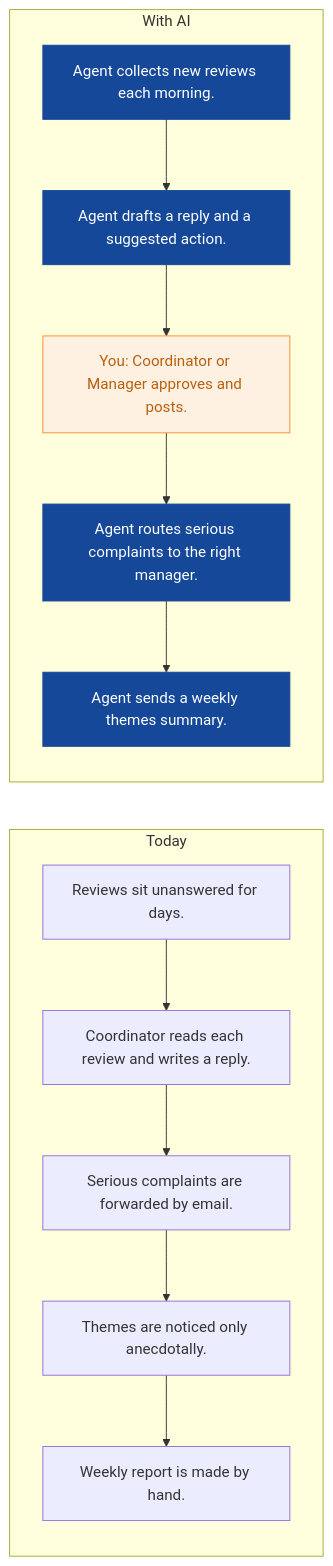
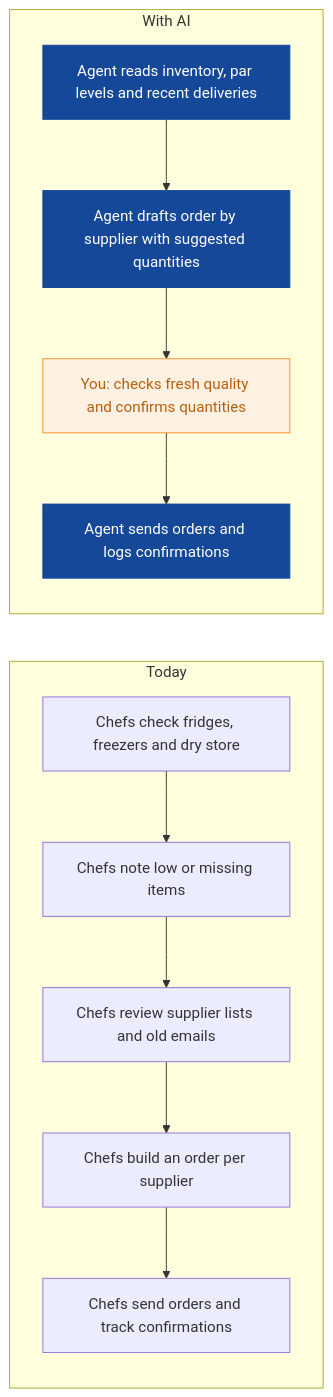
One commit to nexibeo/Complete-AI-Strategy changed the fourth of 8 diagrams in strategies/saffron-table-group.md. Above: the diagram before and after it, drawn with Mermaid. The commit also changed other lines of this file and 26 other files, not shown here.

````diff
--- a/strategies/saffron-table-group.md
+++ b/strategies/saffron-table-group.md
@@ -165,23 +137,22 @@
 ```mermaid
 flowchart LR
   subgraph Today
-    B0["Reviews sit unanswered for days."]
-    B1["Coordinator reads each review and writes a reply."]
-    B2["Serious complaints are forwarded by email."]
-    B3["Themes are noticed only anecdotally."]
-    B4["Weekly report is made by hand."]
+    B0["Chefs check fridges, freezers and dry store"]
+    B1["Chefs note low or missing items"]
+    B2["Chefs review supplier lists and old emails"]
+    B3["Chefs build an order per supplier"]
+    B4["Chefs send orders and track confirmations"]
     B0 --> B1 --> B2 --> B3 --> B4
   end
   subgraph WithAI[With AI]
-    A0["Agent collects new reviews each morning."]
-    A1["Agent drafts a reply and a suggested action."]
-    A2["You: Coordinator or Manager approves and posts."]
-    A3["Agent routes serious complaints to the right manager."]
-    A4["Agent sends a weekly themes summary."]
-    A0 --> A1 --> A2 --> A3 --> A4
+    A0["Agent reads inventory, par levels and recent deliveries"]
+    A1["Agent drafts order by supplier with suggested quantities"]
+    A2["You: checks fresh quality and confirms quantities"]
+    A3["Agent sends orders and logs confirmations"]
+    A0 --> A1 --> A2 --> A3
   end
   classDef ai fill:#154899,color:#fff,stroke:#154899
   classDef human fill:#FFF1E2,color:#B8600F,stroke:#F98F2C
-  class A0,A1,A3,A4 ai
+  class A0,A1,A3 ai
   class A2 human
 ```
````
